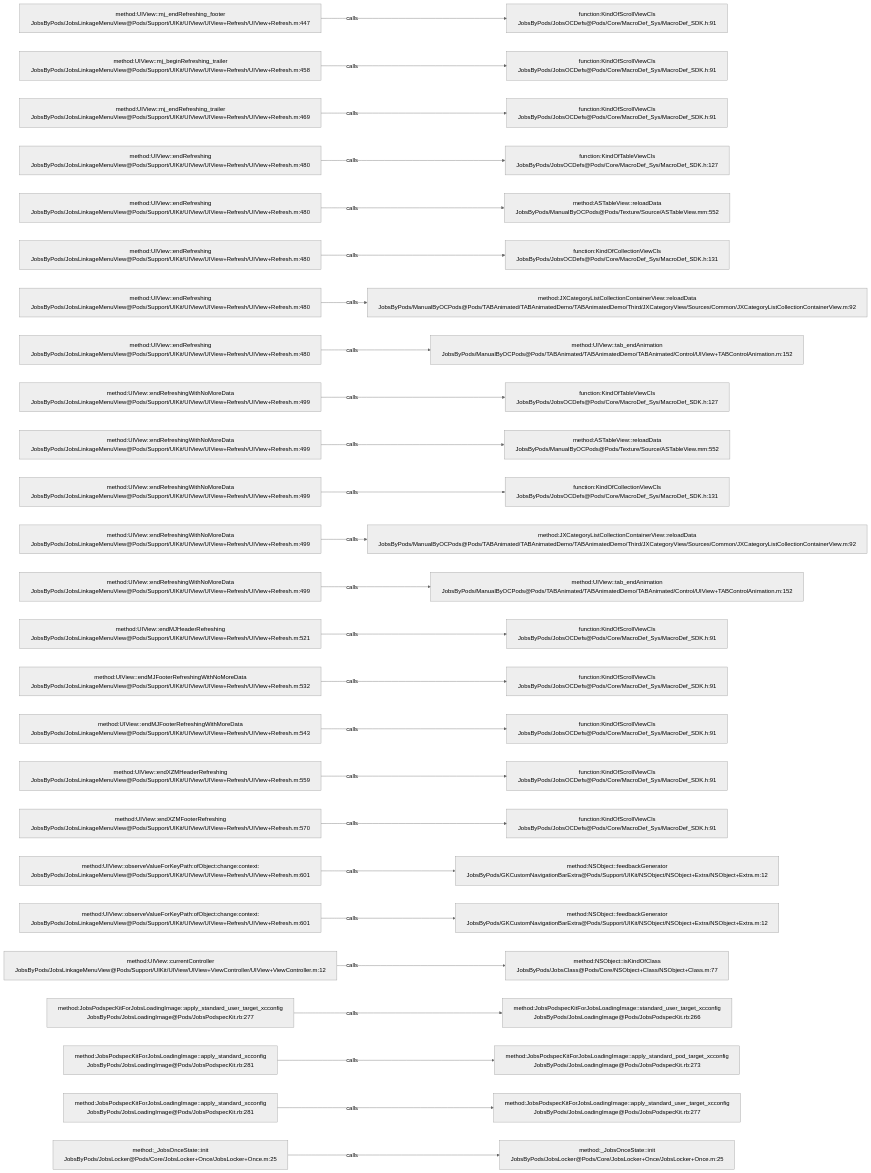
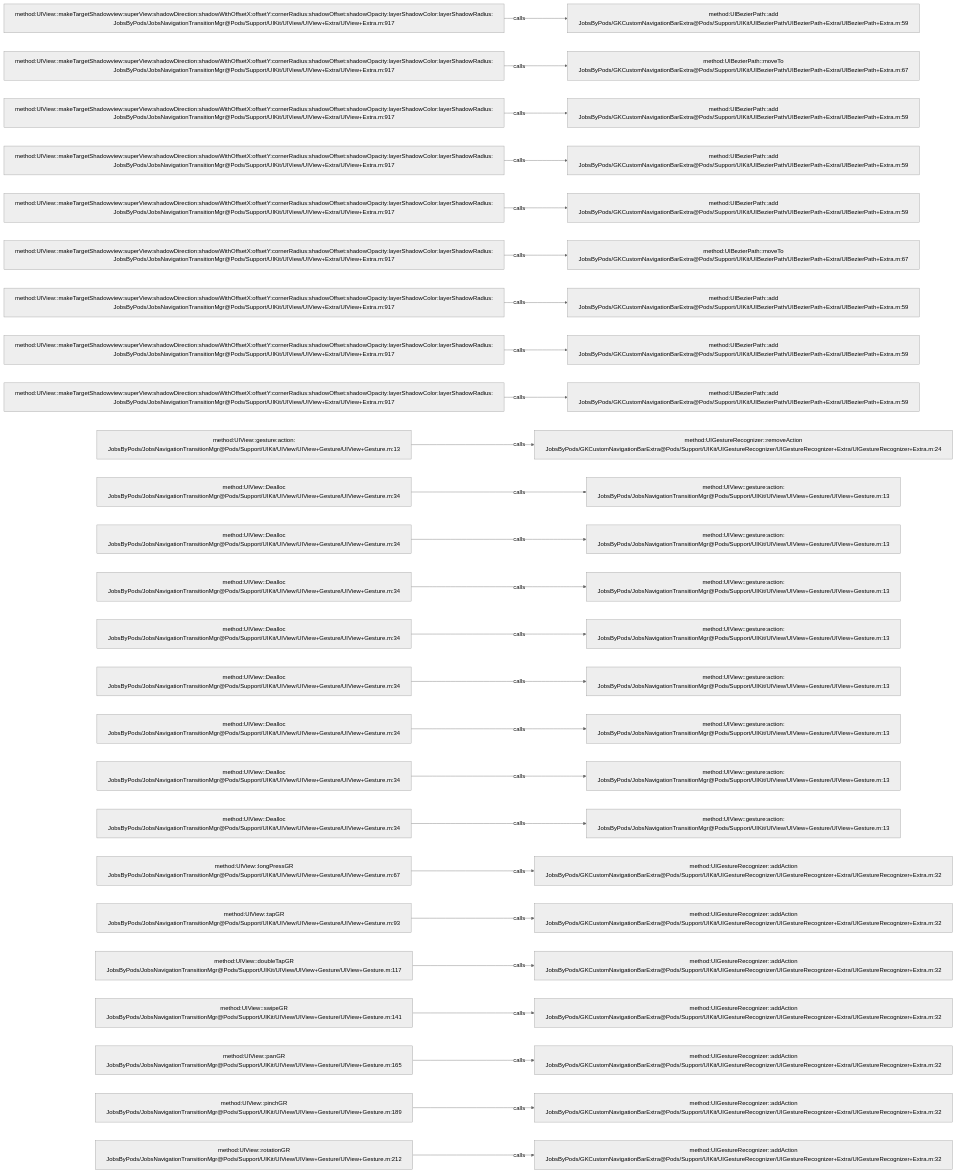
One commit to JobsKits/JobsOCBaseConfigDemo changed the diagram in .codegraph/codegraph.md/graphs/calls-139.md. Above: the diagram before and after it, drawn with Mermaid (neutral theme). The commit also changed 1026 other files, not shown here.

````diff
--- a/.codegraph/codegraph.md/graphs/calls-139.md
+++ b/.codegraph/codegraph.md/graphs/calls-139.md
@@ -13,78 +13,78 @@
 ```mermaid
 flowchart LR
-  S1["method:UIView::mj_endRefreshing_footer<br/>JobsByPods/JobsLinkageMenuView@Pods/Support/UIKit/UIView/UIView+Refresh/UIView+Refresh.m:447"]
-  T1["function:KindOfScrollViewCls<br/>JobsByPods/JobsOCDefs@Pods/Core/MacroDef_Sys/MacroDef_SDK.h:91"]
+  S1["method:UIView::makeTargetShadowview:superView:shadowDirection:shadowWithOffsetX:offsetY:cornerRadius:shadowOffset:shadowOpacity:layerShadowColor:layerShadowRadius:<br/>JobsByPods/JobsNavigationTransitionMgr@Pods/Support/UIKit/UIView/UIView+Extra/UIView+Extra.m:917"]
+  T1["method:UIBezierPath::add<br/>JobsByPods/GKCustomNavigationBarExtra@Pods/Support/UIKit/UIBezierPath/UIBezierPath+Extra/UIBezierPath+Extra.m:59"]
   S1 -->|calls| T1
-  S2["method:UIView::mj_beginRefreshing_trailer<br/>JobsByPods/JobsLinkageMenuView@Pods/Support/UIKit/UIView/UIView+Refresh/UIView+Refresh.m:458"]
-  T2["function:KindOfScrollViewCls<br/>JobsByPods/JobsOCDefs@Pods/Core/MacroDef_Sys/MacroDef_SDK.h:91"]
+  S2["method:UIView::makeTargetShadowview:superView:shadowDirection:shadowWithOffsetX:offsetY:cornerRadius:shadowOffset:shadowOpacity:layerShadowColor:layerShadowRadius:<br/>JobsByPods/JobsNavigationTransitionMgr@Pods/Support/UIKit/UIView/UIView+Extra/UIView+Extra.m:917"]
+  T2["method:UIBezierPath::moveTo<br/>JobsByPods/GKCustomNavigationBarExtra@Pods/Support/UIKit/UIBezierPath/UIBezierPath+Extra/UIBezierPath+Extra.m:67"]
   S2 -->|calls| T2
-  S3["method:UIView::mj_endRefreshing_trailer<br/>JobsByPods/JobsLinkageMenuView@Pods/Support/UIKit/UIView/UIView+Refresh/UIView+Refresh.m:469"]
-  T3["function:KindOfScrollViewCls<br/>JobsByPods/JobsOCDefs@Pods/Core/MacroDef_Sys/MacroDef_SDK.h:91"]
+  S3["method:UIView::makeTargetShadowview:superView:shadowDirection:shadowWithOffsetX:offsetY:cornerRadius:shadowOffset:shadowOpacity:layerShadowColor:layerShadowRadius:<br/>JobsByPods/JobsNavigationTransitionMgr@Pods/Support/UIKit/UIView/UIView+Extra/UIView+Extra.m:917"]
+  T3["method:UIBezierPath::add<br/>JobsByPods/GKCustomNavigationBarExtra@Pods/Support/UIKit/UIBezierPath/UIBezierPath+Extra/UIBezierPath+Extra.m:59"]
   S3 -->|calls| T3
-  S4["method:UIView::endRefreshing<br/>JobsByPods/JobsLinkageMenuView@Pods/Support/UIKit/UIView/UIView+Refresh/UIView+Refresh.m:480"]
-  T4["function:KindOfTableViewCls<br/>JobsByPods/JobsOCDefs@Pods/Core/MacroDef_Sys/MacroDef_SDK.h:127"]
+  S4["method:UIView::makeTargetShadowview:superView:shadowDirection:shadowWithOffsetX:offsetY:cornerRadius:shadowOffset:shadowOpacity:layerShadowColor:layerShadowRadius:<br/>JobsByPods/JobsNavigationTransitionMgr@Pods/Support/UIKit/UIView/UIView+Extra/UIView+Extra.m:917"]
+  T4["method:UIBezierPath::add<br/>JobsByPods/GKCustomNavigationBarExtra@Pods/Support/UIKit/UIBezierPath/UIBezierPath+Extra/UIBezierPath+Extra.m:59"]
   S4 -->|calls| T4
-  S5["method:UIView::endRefreshing<br/>JobsByPods/JobsLinkageMenuView@Pods/Support/UIKit/UIView/UIView+Refresh/UIView+Refresh.m:480"]
-  T5["method:ASTableView::reloadData<br/>JobsByPods/ManualByOCPods@Pods/Texture/Source/ASTableView.mm:552"]
+  S5["method:UIView::makeTargetShadowview:superView:shadowDirection:shadowWithOffsetX:offsetY:cornerRadius:shadowOffset:shadowOpacity:layerShadowColor:layerShadowRadius:<br/>JobsByPods/JobsNavigationTransitionMgr@Pods/Support/UIKit/UIView/UIView+Extra/UIView+Extra.m:917"]
+  T5["method:UIBezierPath::add<br/>JobsByPods/GKCustomNavigationBarExtra@Pods/Support/UIKit/UIBezierPath/UIBezierPath+Extra/UIBezierPath+Extra.m:59"]
   S5 -->|calls| T5
-  S6["method:UIView::endRefreshing<br/>JobsByPods/JobsLinkageMenuView@Pods/Support/UIKit/UIView/UIView+Refresh/UIView+Refresh.m:480"]
-  T6["function:KindOfCollectionViewCls<br/>JobsByPods/JobsOCDefs@Pods/Core/MacroDef_Sys/MacroDef_SDK.h:131"]
+  S6["method:UIView::makeTargetShadowview:superView:shadowDirection:shadowWithOffsetX:offsetY:cornerRadius:shadowOffset:shadowOpacity:layerShadowColor:layerShadowRadius:<br/>JobsByPods/JobsNavigationTransitionMgr@Pods/Support/UIKit/UIView/UIView+Extra/UIView+Extra.m:917"]
+  T6["method:UIBezierPath::moveTo<br/>JobsByPods/GKCustomNavigationBarExtra@Pods/Support/UIKit/UIBezierPath/UIBezierPath+Extra/UIBezierPath+Extra.m:67"]
   S6 -->|calls| T6
-  S7["method:UIView::endRefreshing<br/>JobsByPods/JobsLinkageMenuView@Pods/Support/UIKit/UIView/UIView+Refresh/UIView+Refresh.m:480"]
-  T7["method:JXCategoryListCollectionContainerView::reloadData<br/>JobsByPods/ManualByOCPods@Pods/TABAnimated/TABAnimatedDemo/TABAnimatedDemo/Third/JXCategoryView/Sources/Common/JXCategoryListCollectionContainerView.m:92"]
+  S7["method:UIView::makeTargetShadowview:superView:shadowDirection:shadowWithOffsetX:offsetY:cornerRadius:shadowOffset:shadowOpacity:layerShadowColor:layerShadowRadius:<br/>JobsByPods/JobsNavigationTransitionMgr@Pods/Support/UIKit/UIView/UIView+Extra/UIView+Extra.m:917"]
+  T7["method:UIBezierPath::add<br/>JobsByPods/GKCustomNavigationBarExtra@Pods/Support/UIKit/UIBezierPath/UIBezierPath+Extra/UIBezierPath+Extra.m:59"]
   S7 -->|calls| T7
-  S8["method:UIView::endRefreshing<br/>JobsByPods/JobsLinkageMenuView@Pods/Support/UIKit/UIView/UIView+Refresh/UIView+Refresh.m:480"]
-  T8["method:UIView::tab_endAnimation<br/>JobsByPods/ManualByOCPods@Pods/TABAnimated/TABAnimatedDemo/TABAnimated/Control/UIView+TABControlAnimation.m:152"]
+  S8["method:UIView::makeTargetShadowview:superView:shadowDirection:shadowWithOffsetX:offsetY:cornerRadius:shadowOffset:shadowOpacity:layerShadowColor:layerShadowRadius:<br/>JobsByPods/JobsNavigationTransitionMgr@Pods/Support/UIKit/UIView/UIView+Extra/UIView+Extra.m:917"]
+  T8["method:UIBezierPath::add<br/>JobsByPods/GKCustomNavigationBarExtra@Pods/Support/UIKit/UIBezierPath/UIBezierPath+Extra/UIBezierPath+Extra.m:59"]
   S8 -->|calls| T8
-  S9["method:UIView::endRefreshingWithNoMoreData<br/>JobsByPods/JobsLinkageMenuView@Pods/Support/UIKit/UIView/UIView+Refresh/UIView+Refresh.m:499"]
-  T9["function:KindOfTableViewCls<br/>JobsByPods/JobsOCDefs@Pods/Core/MacroDef_Sys/MacroDef_SDK.h:127"]
+  S9["method:UIView::makeTargetShadowview:superView:shadowDirection:shadowWithOffsetX:offsetY:cornerRadius:shadowOffset:shadowOpacity:layerShadowColor:layerShadowRadius:<br/>JobsByPods/JobsNavigationTransitionMgr@Pods/Support/UIKit/UIView/UIView+Extra/UIView+Extra.m:917"]
+  T9["method:UIBezierPath::add<br/>JobsByPods/GKCustomNavigationBarExtra@Pods/Support/UIKit/UIBezierPath/UIBezierPath+Extra/UIBezierPath+Extra.m:59"]
   S9 -->|calls| T9
-  S10["method:UIView::endRefreshingWithNoMoreData<br/>JobsByPods/JobsLinkageMenuView@Pods/Support/UIKit/UIView/UIView+Refresh/UIView+Refresh.m:499"]
-  T10["method:ASTableView::reloadData<br/>JobsByPods/ManualByOCPods@Pods/Texture/Source/ASTableView.mm:552"]
+  S10["method:UIView::gesture:action:<br/>JobsByPods/JobsNavigationTransitionMgr@Pods/Support/UIKit/UIView/UIView+Gesture/UIView+Gesture.m:13"]
+  T10["method:UIGestureRecognizer::removeAction<br/>JobsByPods/GKCustomNavigationBarExtra@Pods/Support/UIKit/UIGestureRecognizer/UIGestureRecognizer+Extra/UIGestureRecognizer+Extra.m:24"]
   S10 -->|calls| T10
-  S11["method:UIView::endRefreshingWithNoMoreData<br/>JobsByPods/JobsLinkageMenuView@Pods/Support/UIKit/UIView/UIView+Refresh/UIView+Refresh.m:499"]
-  T11["function:KindOfCollectionViewCls<br/>JobsByPods/JobsOCDefs@Pods/Core/MacroDef_Sys/MacroDef_SDK.h:131"]
+  S11["method:UIView::Dealloc<br/>JobsByPods/JobsNavigationTransitionMgr@Pods/Support/UIKit/UIView/UIView+Gesture/UIView+Gesture.m:34"]
+  T11["method:UIView::gesture:action:<br/>JobsByPods/JobsNavigationTransitionMgr@Pods/Support/UIKit/UIView/UIView+Gesture/UIView+Gesture.m:13"]
   S11 -->|calls| T11
-  S12["method:UIView::endRefreshingWithNoMoreData<br/>JobsByPods/JobsLinkageMenuView@Pods/Support/UIKit/UIView/UIView+Refresh/UIView+Refresh.m:499"]
-  T12["method:JXCategoryListCollectionContainerView::reloadData<br/>JobsByPods/ManualByOCPods@Pods/TABAnimated/TABAnimatedDemo/TABAnimatedDemo/Third/JXCategoryView/Sources/Common/JXCategoryListCollectionContainerView.m:92"]
+  S12["method:UIView::Dealloc<br/>JobsByPods/JobsNavigationTransitionMgr@Pods/Support/UIKit/UIView/UIView+Gesture/UIView+Gesture.m:34"]
+  T12["method:UIView::gesture:action:<br/>JobsByPods/JobsNavigationTransitionMgr@Pods/Support/UIKit/UIView/UIView+Gesture/UIView+Gesture.m:13"]
   S12 -->|calls| T12
-  S13["method:UIView::endRefreshingWithNoMoreData<br/>JobsByPods/JobsLinkageMenuView@Pods/Support/UIKit/UIView/UIView+Refresh/UIView+Refresh.m:499"]
-  T13["method:UIView::tab_endAnimation<br/>JobsByPods/ManualByOCPods@Pods/TABAnimated/TABAnimatedDemo/TABAnimated/Control/UIView+TABControlAnimation.m:152"]
+  S13["method:UIView::Dealloc<br/>JobsByPods/JobsNavigationTransitionMgr@Pods/Support/UIKit/UIView/UIView+Gesture/UIView+Gesture.m:34"]
+  T13["method:UIView::gesture:action:<br/>JobsByPods/JobsNavigationTransitionMgr@Pods/Support/UIKit/UIView/UIView+Gesture/UIView+Gesture.m:13"]
   S13 -->|calls| T13
-  S14["method:UIView::endMJHeaderRefreshing<br/>JobsByPods/JobsLinkageMenuView@Pods/Support/UIKit/UIView/UIView+Refresh/UIView+Refresh.m:521"]
-  T14["function:KindOfScrollViewCls<br/>JobsByPods/JobsOCDefs@Pods/Core/MacroDef_Sys/MacroDef_SDK.h:91"]
+  S14["method:UIView::Dealloc<br/>JobsByPods/JobsNavigationTransitionMgr@Pods/Support/UIKit/UIView/UIView+Gesture/UIView+Gesture.m:34"]
+  T14["method:UIView::gesture:action:<br/>JobsByPods/JobsNavigationTransitionMgr@Pods/Support/UIKit/UIView/UIView+Gesture/UIView+Gesture.m:13"]
   S14 -->|calls| T14
-  S15["method:UIView::endMJFooterRefreshingWithNoMoreData<br/>JobsByPods/JobsLinkageMenuView@Pods/Support/UIKit/UIView/UIView+Refresh/UIView+Refresh.m:532"]
-  T15["function:KindOfScrollViewCls<br/>JobsByPods/JobsOCDefs@Pods/Core/MacroDef_Sys/MacroDef_SDK.h:91"]
+  S15["method:UIView::Dealloc<br/>JobsByPods/JobsNavigationTransitionMgr@Pods/Support/UIKit/UIView/UIView+Gesture/UIView+Gesture.m:34"]
+  T15["method:UIView::gesture:action:<br/>JobsByPods/JobsNavigationTransitionMgr@Pods/Support/UIKit/UIView/UIView+Gesture/UIView+Gesture.m:13"]
   S15 -->|calls| T15
-  S16["method:UIView::endMJFooterRefreshingWithMoreData<br/>JobsByPods/JobsLinkageMenuView@Pods/Support/UIKit/UIView/UIView+Refresh/UIView+Refresh.m:543"]
-  T16["function:KindOfScrollViewCls<br/>JobsByPods/JobsOCDefs@Pods/Core/MacroDef_Sys/MacroDef_SDK.h:91"]
+  S16["method:UIView::Dealloc<br/>JobsByPods/JobsNavigationTransitionMgr@Pods/Support/UIKit/UIView/UIView+Gesture/UIView+Gesture.m:34"]
+  T16["method:UIView::gesture:action:<br/>JobsByPods/JobsNavigationTransitionMgr@Pods/Support/UIKit/UIView/UIView+Gesture/UIView+Gesture.m:13"]
   S16 -->|calls| T16
-  S17["method:UIView::endXZMHeaderRefreshing<br/>JobsByPods/JobsLinkageMenuView@Pods/Support/UIKit/UIView/UIView+Refresh/UIView+Refresh.m:559"]
-  T17["function:KindOfScrollViewCls<br/>JobsByPods/JobsOCDefs@Pods/Core/MacroDef_Sys/MacroDef_SDK.h:91"]
+  S17["method:UIView::Dealloc<br/>JobsByPods/JobsNavigationTransitionMgr@Pods/Support/UIKit/UIView/UIView+Gesture/UIView+Gesture.m:34"]
+  T17["method:UIView::gesture:action:<br/>JobsByPods/JobsNavigationTransitionMgr@Pods/Support/UIKit/UIView/UIView+Gesture/UIView+Gesture.m:13"]
   S17 -->|calls| T17
-  S18["method:UIView::endXZMFooterRefreshing<br/>JobsByPods/JobsLinkageMenuView@Pods/Support/UIKit/UIView/UIView+Refresh/UIView+Refresh.m:570"]
-  T18["function:KindOfScrollViewCls<br/>JobsByPods/JobsOCDefs@Pods/Core/MacroDef_Sys/MacroDef_SDK.h:91"]
+  S18["method:UIView::Dealloc<br/>JobsByPods/JobsNavigationTransitionMgr@Pods/Support/UIKit/UIView/UIView+Gesture/UIView+Gesture.m:34"]
+  T18["method:UIView::gesture:action:<br/>JobsByPods/JobsNavigationTransitionMgr@Pods/Support/UIKit/UIView/UIView+Gesture/UIView+Gesture.m:13"]
   S18 -->|calls| T18
-  S19["method:UIView::observeValueForKeyPath:ofObject:change:context:<br/>JobsByPods/JobsLinkageMenuView@Pods/Support/UIKit/UIView/UIView+Refresh/UIView+Refresh.m:601"]
-  T19["method:NSObject::feedbackGenerator<br/>JobsByPods/GKCustomNavigationBarExtra@Pods/Support/UIKit/NSObject/NSObject+Extra/NSObject+Extra.m:12"]
+  S19["method:UIView::longPressGR<br/>JobsByPods/JobsNavigationTransitionMgr@Pods/Support/UIKit/UIView/UIView+Gesture/UIView+Gesture.m:67"]
+  T19["method:UIGestureRecognizer::addAction<br/>JobsByPods/GKCustomNavigationBarExtra@Pods/Support/UIKit/UIGestureRecognizer/UIGestureRecognizer+Extra/UIGestureRecognizer+Extra.m:32"]
   S19 -->|calls| T19
-  S20["method:UIView::observeValueForKeyPath:ofObject:change:context:<br/>JobsByPods/JobsLinkageMenuView@Pods/Support/UIKit/UIView/UIView+Refresh/UIView+Refresh.m:601"]
-  T20["method:NSObject::feedbackGenerator<br/>JobsByPods/GKCustomNavigationBarExtra@Pods/Support/UIKit/NSObject/NSObject+Extra/NSObject+Extra.m:12"]
+  S20["method:UIView::tapGR<br/>JobsByPods/JobsNavigationTransitionMgr@Pods/Support/UIKit/UIView/UIView+Gesture/UIView+Gesture.m:93"]
+  T20["method:UIGestureRecognizer::addAction<br/>JobsByPods/GKCustomNavigationBarExtra@Pods/Support/UIKit/UIGestureRecognizer/UIGestureRecognizer+Extra/UIGestureRecognizer+Extra.m:32"]
   S20 -->|calls| T20
-  S21["method:UIView::currentController<br/>JobsByPods/JobsLinkageMenuView@Pods/Support/UIKit/UIView/UIView+ViewController/UIView+ViewController.m:12"]
-  T21["method:NSObject::isKindOfClass<br/>JobsByPods/JobsClass@Pods/Core/NSObject+Class/NSObject+Class.m:77"]
+  S21["method:UIView::doubleTapGR<br/>JobsByPods/JobsNavigationTransitionMgr@Pods/Support/UIKit/UIView/UIView+Gesture/UIView+Gesture.m:117"]
+  T21["method:UIGestureRecognizer::addAction<br/>JobsByPods/GKCustomNavigationBarExtra@Pods/Support/UIKit/UIGestureRecognizer/UIGestureRecognizer+Extra/UIGestureRecognizer+Extra.m:32"]
   S21 -->|calls| T21
-  S22["method:JobsPodspecKitForJobsLoadingImage::apply_standard_user_target_xcconfig<br/>JobsByPods/JobsLoadingImage@Pods/JobsPodspecKit.rb:277"]
-  T22["method:JobsPodspecKitForJobsLoadingImage::standard_user_target_xcconfig<br/>JobsByPods/JobsLoadingImage@Pods/JobsPodspecKit.rb:266"]
+  S22["method:UIView::swipeGR<br/>JobsByPods/JobsNavigationTransitionMgr@Pods/Support/UIKit/UIView/UIView+Gesture/UIView+Gesture.m:141"]
+  T22["method:UIGestureRecognizer::addAction<br/>JobsByPods/GKCustomNavigationBarExtra@Pods/Support/UIKit/UIGestureRecognizer/UIGestureRecognizer+Extra/UIGestureRecognizer+Extra.m:32"]
   S22 -->|calls| T22
-  S23["method:JobsPodspecKitForJobsLoadingImage::apply_standard_xcconfig<br/>JobsByPods/JobsLoadingImage@Pods/JobsPodspecKit.rb:281"]
-  T23["method:JobsPodspecKitForJobsLoadingImage::apply_standard_pod_target_xcconfig<br/>JobsByPods/JobsLoadingImage@Pods/JobsPodspecKit.rb:273"]
+  S23["method:UIView::panGR<br/>JobsByPods/JobsNavigationTransitionMgr@Pods/Support/UIKit/UIView/UIView+Gesture/UIView+Gesture.m:165"]
+  T23["method:UIGestureRecognizer::addAction<br/>JobsByPods/GKCustomNavigationBarExtra@Pods/Support/UIKit/UIGestureRecognizer/UIGestureRecognizer+Extra/UIGestureRecognizer+Extra.m:32"]
   S23 -->|calls| T23
-  S24["method:JobsPodspecKitForJobsLoadingImage::apply_standard_xcconfig<br/>JobsByPods/JobsLoadingImage@Pods/JobsPodspecKit.rb:281"]
-  T24["method:JobsPodspecKitForJobsLoadingImage::apply_standard_user_target_xcconfig<br/>JobsByPods/JobsLoadingImage@Pods/JobsPodspecKit.rb:277"]
+  S24["method:UIView::pinchGR<br/>JobsByPods/JobsNavigationTransitionMgr@Pods/Support/UIKit/UIView/UIView+Gesture/UIView+Gesture.m:189"]
+  T24["method:UIGestureRecognizer::addAction<br/>JobsByPods/GKCustomNavigationBarExtra@Pods/Support/UIKit/UIGestureRecognizer/UIGestureRecognizer+Extra/UIGestureRecognizer+Extra.m:32"]
   S24 -->|calls| T24
-  S25["method:_JobsOnceState::init<br/>JobsByPods/JobsLocker@Pods/Core/JobsLocker+Once/JobsLocker+Once.m:25"]
-  T25["method:_JobsOnceState::init<br/>JobsByPods/JobsLocker@Pods/Core/JobsLocker+Once/JobsLocker+Once.m:25"]
+  S25["method:UIView::rotationGR<br/>JobsByPods/JobsNavigationTransitionMgr@Pods/Support/UIKit/UIView/UIView+Gesture/UIView+Gesture.m:212"]
+  T25["method:UIGestureRecognizer::addAction<br/>JobsByPods/GKCustomNavigationBarExtra@Pods/Support/UIKit/UIGestureRecognizer/UIGestureRecognizer+Extra/UIGestureRecognizer+Extra.m:32"]
   S25 -->|calls| T25
 ```
````
